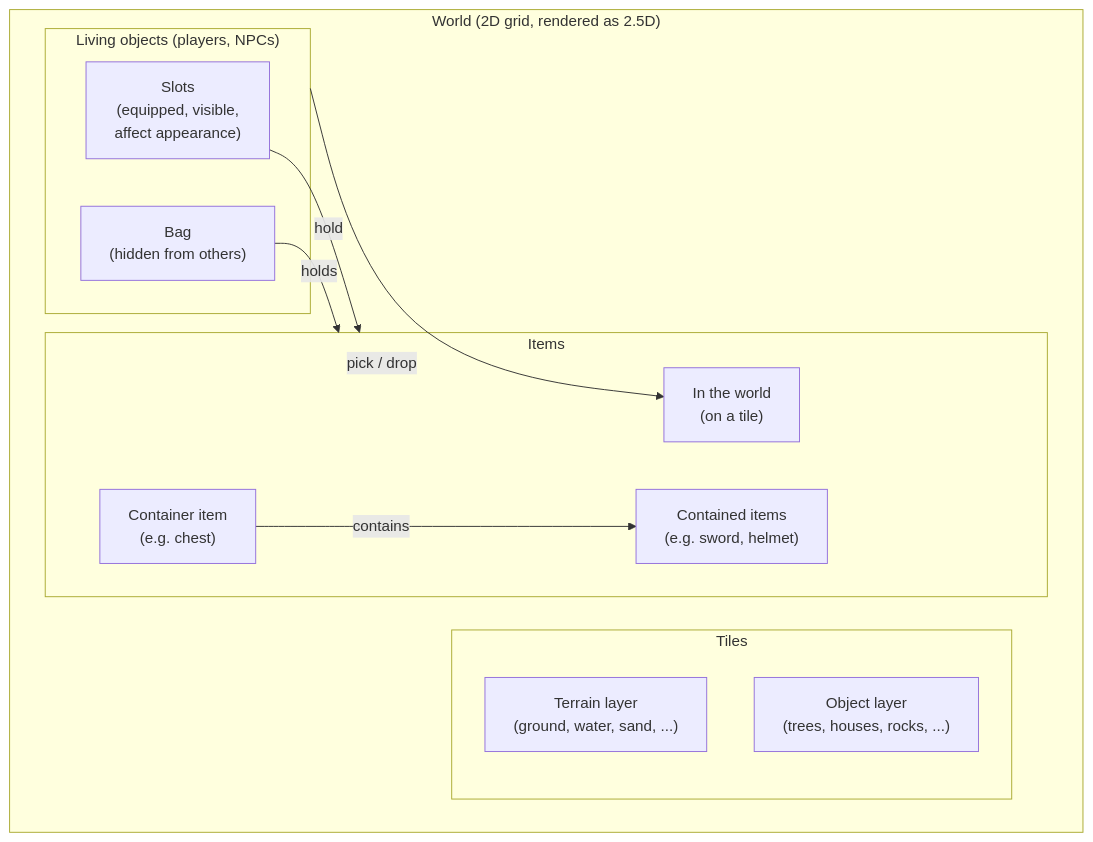
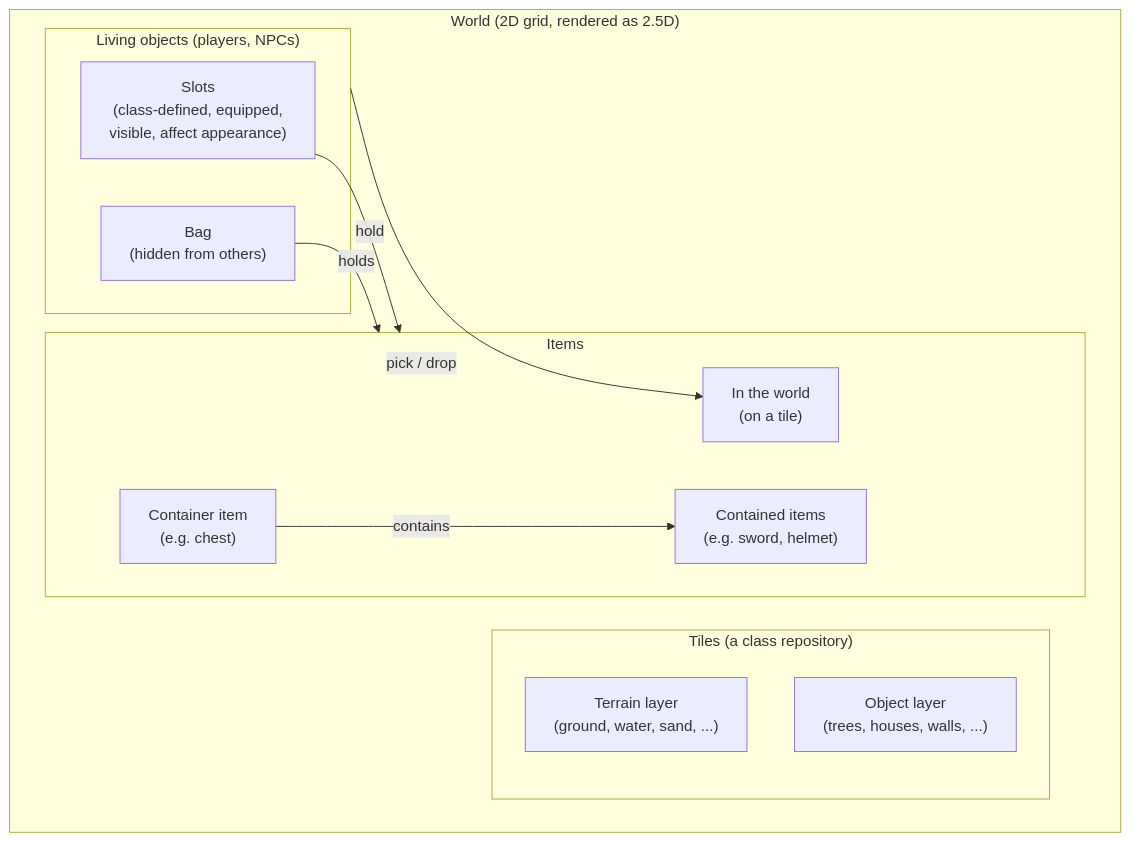
Before and after one commit to lpajunen/aiwebengine-examples: the first of 5 diagrams in src/virtual-world/README.md, drawn with Mermaid. The commit also changed other lines of this file and 5 other files, not shown here.

````diff
--- a/src/virtual-world/README.md
+++ b/src/virtual-world/README.md
@@ -49,22 +61,22 @@
 ```mermaid
 flowchart TB
     subgraph World["World (2D grid, rendered as 2.5D)"]
-        subgraph Tile["Tiles"]
+        subgraph Tile["Tiles (a class repository)"]
             Terrain["Terrain layer<br/>(ground, water, sand, ...)"]
-            Object["Object layer<br/>(trees, houses, rocks, ...)"]
+            Object["Object layer<br/>(trees, houses, walls, ...)"]
         end
         subgraph Living["Living objects (players, NPCs)"]
-            Slots["Slots<br/>(equipped, visible,<br/>affect appearance)"]
+            Slots["Slots<br/>(class-defined, equipped,<br/>visible, affect appearance)"]
             Bag["Bag<br/>(hidden from others)"]
         end
         subgraph Items["Items"]
             WorldItem["In the world<br/>(on a tile)"]
             Container["Container item<br/>(e.g. chest)"]
             Contained["Contained items<br/>(e.g. sword, helmet)"]
         end
     end
     Living -- "pick / drop" --> WorldItem
     Slots -- hold --> Items
     Bag -- holds --> Items
     Container -- contains --> Contained
 ```
````
